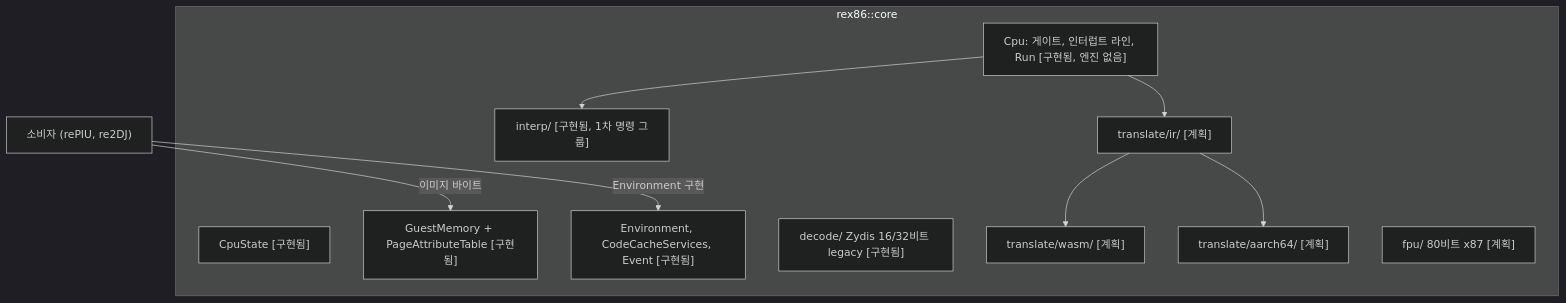
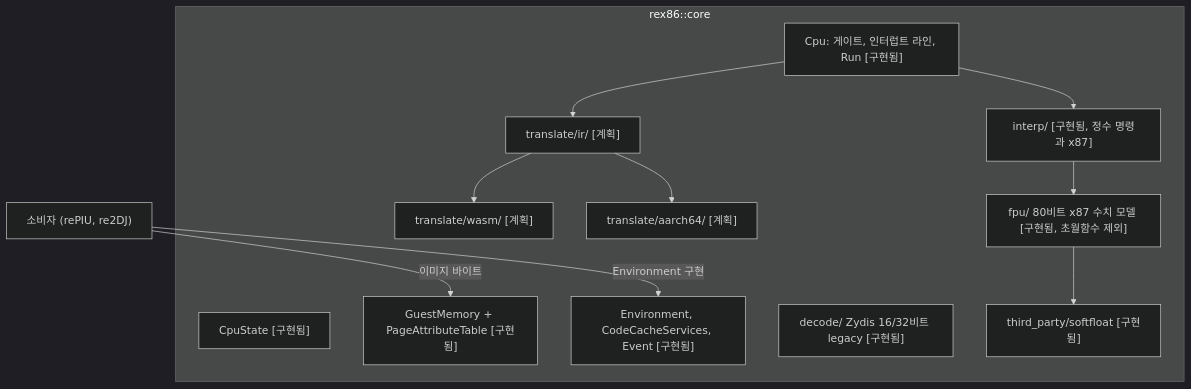
One commit to reexec/rex86 changed the diagram in ARCHITECTURE.md. Above: the diagram before and after it, drawn with Mermaid (dark theme). The commit also changed other lines of this file and 345 other files, not shown here.

````diff
--- a/ARCHITECTURE.md
+++ b/ARCHITECTURE.md
@@ -9,21 +9,24 @@
 ```mermaid
 flowchart TB
     subgraph CORE["rex86::core"]
         STATE["CpuState [구현됨]"]
         MEM["GuestMemory + PageAttributeTable [구현됨]"]
         ENV["Environment, CodeCacheServices, Event [구현됨]"]
-        CPU["Cpu: 게이트, 인터럽트 라인, Run [구현됨, 엔진 없음]"]
+        CPU["Cpu: 게이트, 인터럽트 라인, Run [구현됨]"]
         DEC["decode/ Zydis 16/32비트 legacy [구현됨]"]
-        INT["interp/ [구현됨, 1차 명령 그룹]"]
+        INT["interp/ [구현됨, 정수 명령과 x87]"]
         IR["translate/ir/ [계획]"]
         WASM["translate/wasm/ [계획]"]
         A64["translate/aarch64/ [계획]"]
-        FPU["fpu/ 80비트 x87 [계획]"]
+        FPU["fpu/ 80비트 x87 수치 모델 [구현됨, 초월함수 제외]"]
+        SF["third_party/softfloat [구현됨]"]
     end
     HOST["소비자 (rePIU, re2DJ)"] -- "Environment 구현" --> ENV
     HOST -- "이미지 바이트" --> MEM
     CPU --> INT
+    INT --> FPU
+    FPU --> SF
     CPU --> IR
     IR --> WASM
     IR --> A64
 ```
````
